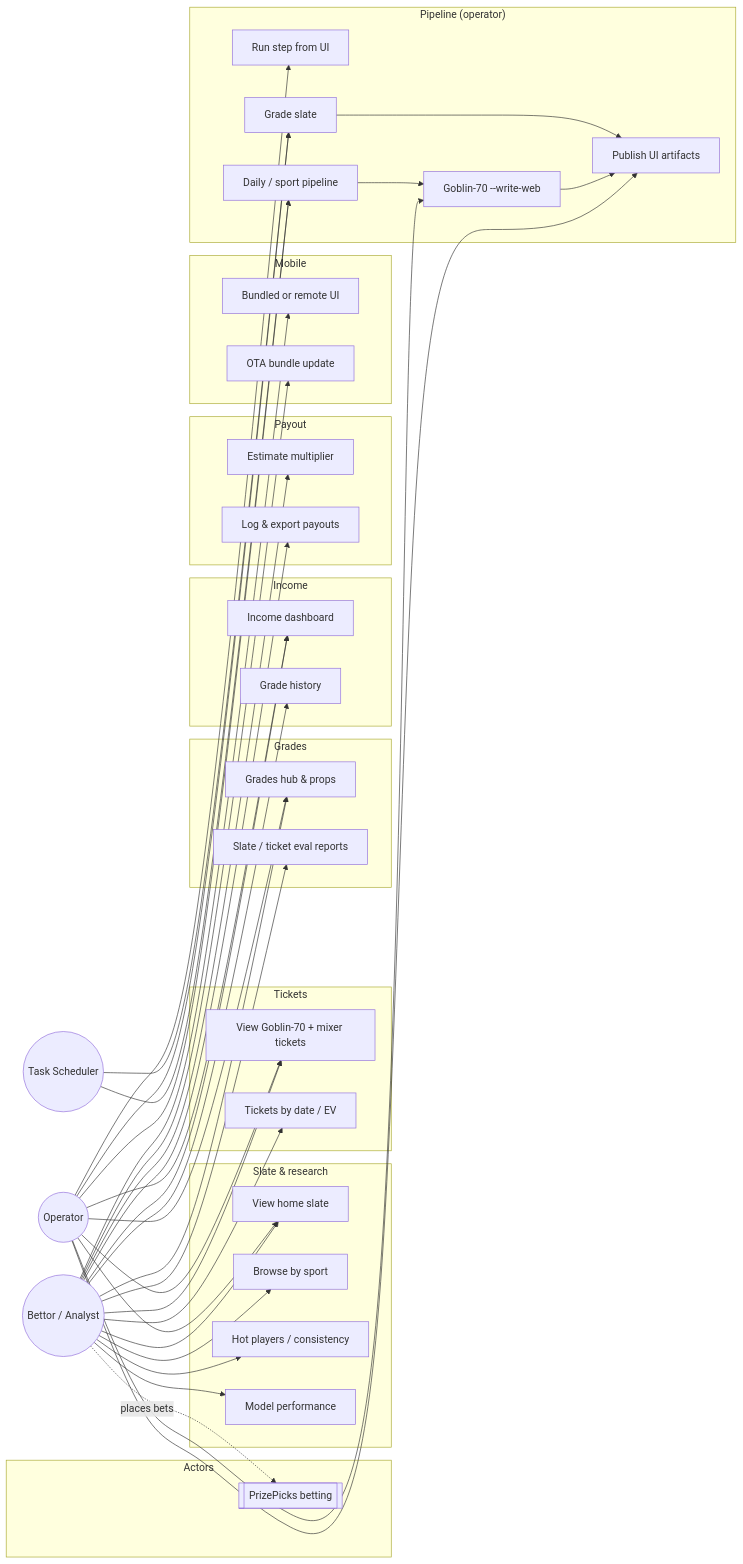
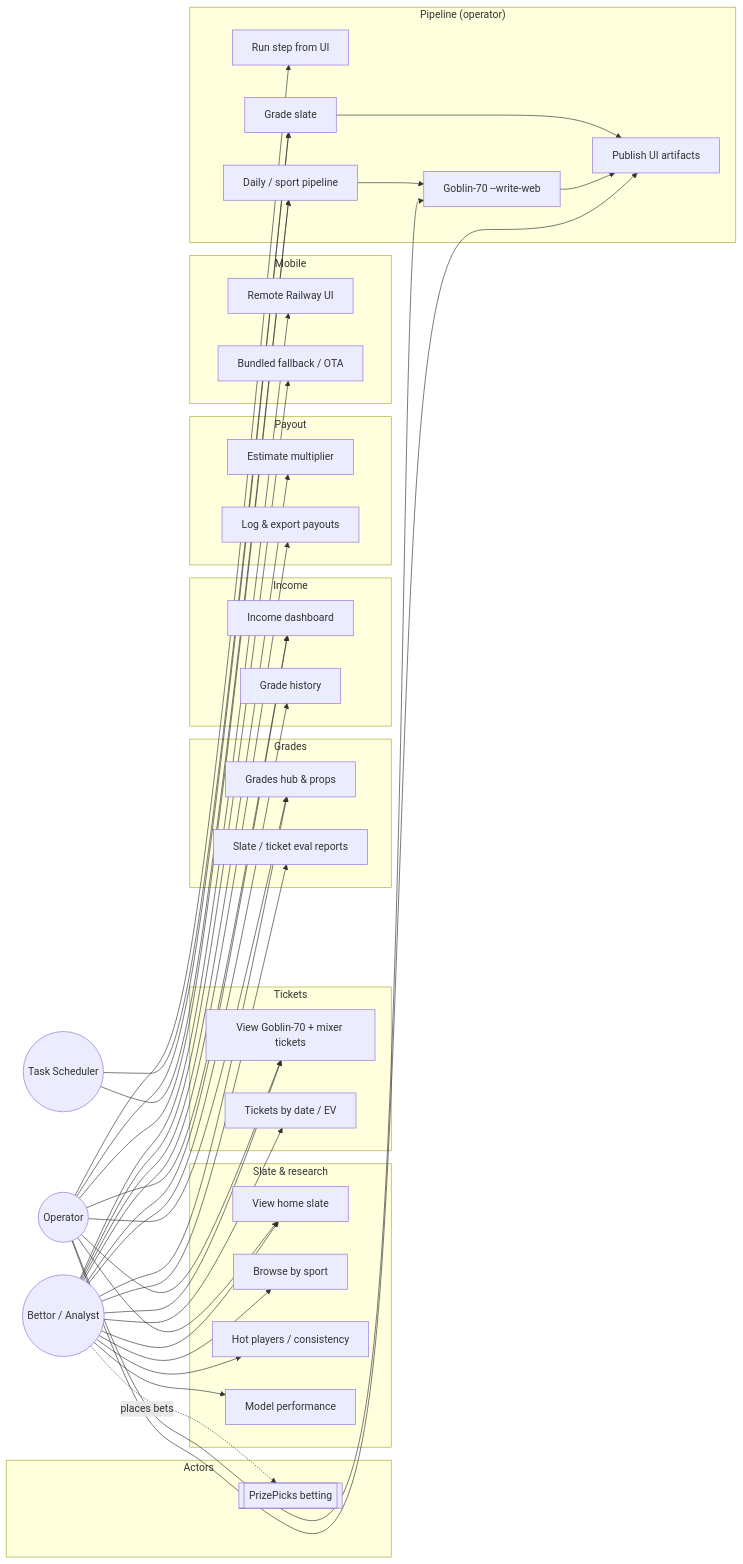
The second of 2 diagrams in docs/architecture/USE_CASE_DIAGRAM.md (halekevi/NBA-Pipelines), drawn with Mermaid before and after one commit. The commit also changed other lines of this file and 23 other files, not shown here.

````diff
--- a/docs/architecture/USE_CASE_DIAGRAM.md
+++ b/docs/architecture/USE_CASE_DIAGRAM.md
@@ -31,56 +31,56 @@
 ```mermaid
 flowchart LR
   subgraph actors["Actors"]
     Bettor((Bettor / Analyst))
     Operator((Operator))
     Sched((Task Scheduler))
     PP[[PrizePicks betting]]
   end
 
   subgraph slate["Slate & research"]
     UC1[View home slate]
     UC2[Browse by sport]
     UC3[Hot players / consistency]
     UC4[Model performance]
   end
 
   subgraph tickets["Tickets"]
     UC5[View Goblin-70 + mixer tickets]
     UC6[Tickets by date / EV]
   end
 
   subgraph grades["Grades"]
     UC7[Grades hub & props]
     UC8[Slate / ticket eval reports]
   end
 
   subgraph income["Income"]
     UC9[Income dashboard]
     UC10[Grade history]
   end
 
   subgraph payout["Payout"]
     UC11[Estimate multiplier]
     UC12[Log & export payouts]
   end
 
   subgraph mobile["Mobile"]
-    UC13[Bundled or remote UI]
-    UC14[OTA bundle update]
+    UC13[Remote Railway UI]
+    UC14[Bundled fallback / OTA]
   end
 
   subgraph ops["Pipeline (operator)"]
     UC15[Run step from UI]
     UC16[Daily / sport pipeline]
     UC17[Grade slate]
     UC19[Goblin-70 --write-web]
     UC18[Publish UI artifacts]
   end
 
   Bettor --> UC1 & UC2 & UC3 & UC4 & UC5 & UC6 & UC7 & UC8 & UC9 & UC10 & UC11 & UC12 & UC13 & UC14
   Bettor -.->|places bets| PP
   Operator --> UC15 & UC16 & UC17 & UC18 & UC19 & UC1 & UC5 & UC7 & UC9
   Sched --> UC16 & UC17
   UC16 --> UC19 --> UC18
   UC17 --> UC18
 ```
````
